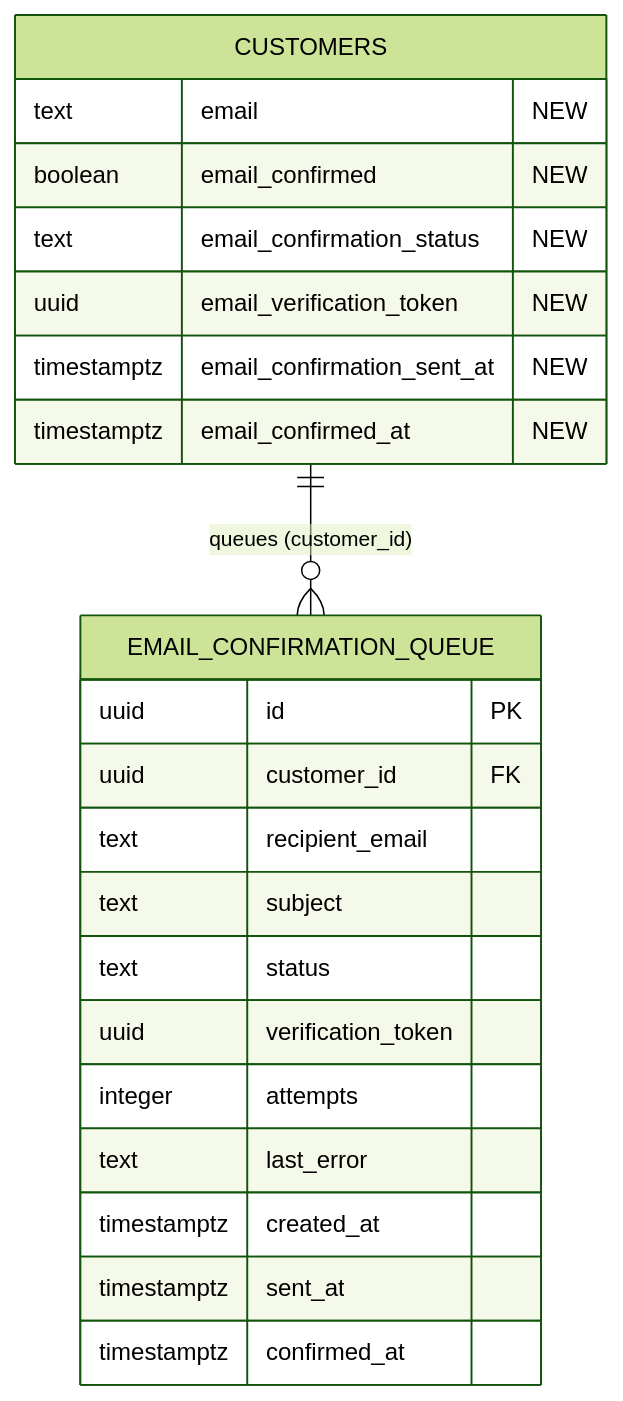
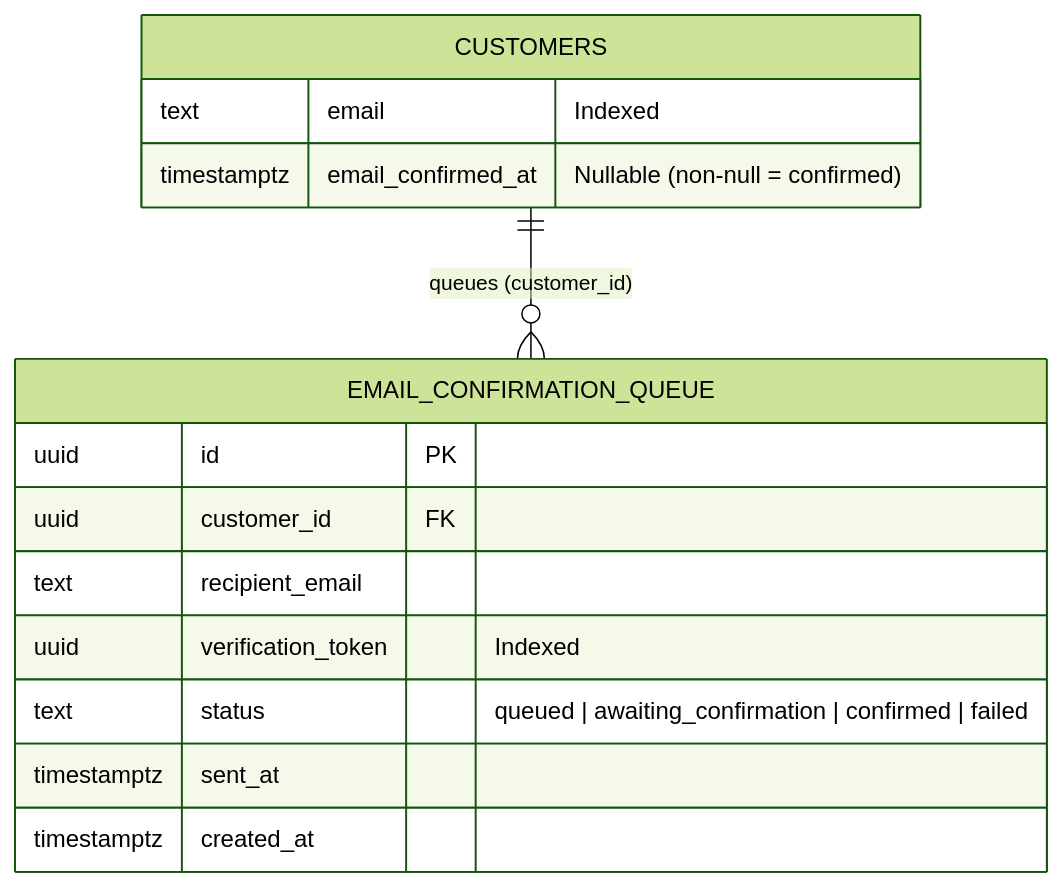
The second of 2 diagrams in docs/EMAIL_CONFIRMATION_SYSTEM.md (Ram-Gold/Solar_App_Capstone_Project), drawn with Mermaid (forest theme) before and after one commit. The commit also changed other lines of this file and 19 other files, not shown here.

````diff
--- a/docs/EMAIL_CONFIRMATION_SYSTEM.md
+++ b/docs/EMAIL_CONFIRMATION_SYSTEM.md
@@ -135,25 +135,17 @@
 ```mermaid
 erDiagram
     CUSTOMERS ||--o{ EMAIL_CONFIRMATION_QUEUE : "queues (customer_id)"
     CUSTOMERS {
-        text email "NEW"
-        boolean email_confirmed "NEW"
-        text email_confirmation_status "NEW"
-        uuid email_verification_token "NEW"
-        timestamptz email_confirmation_sent_at "NEW"
-        timestamptz email_confirmed_at "NEW"
+        text email "Indexed"
+        timestamptz email_confirmed_at "Nullable (non-null = confirmed)"
     }
     EMAIL_CONFIRMATION_QUEUE {
         uuid id PK
         uuid customer_id FK
         text recipient_email
-        text subject
-        text status
-        uuid verification_token
-        integer attempts
-        text last_error
+        uuid verification_token "Indexed"
+        text status "queued | awaiting_confirmation | confirmed | failed"
+        timestamptz sent_at
         timestamptz created_at
-        timestamptz sent_at
-        timestamptz confirmed_at
     }
 ```
````
